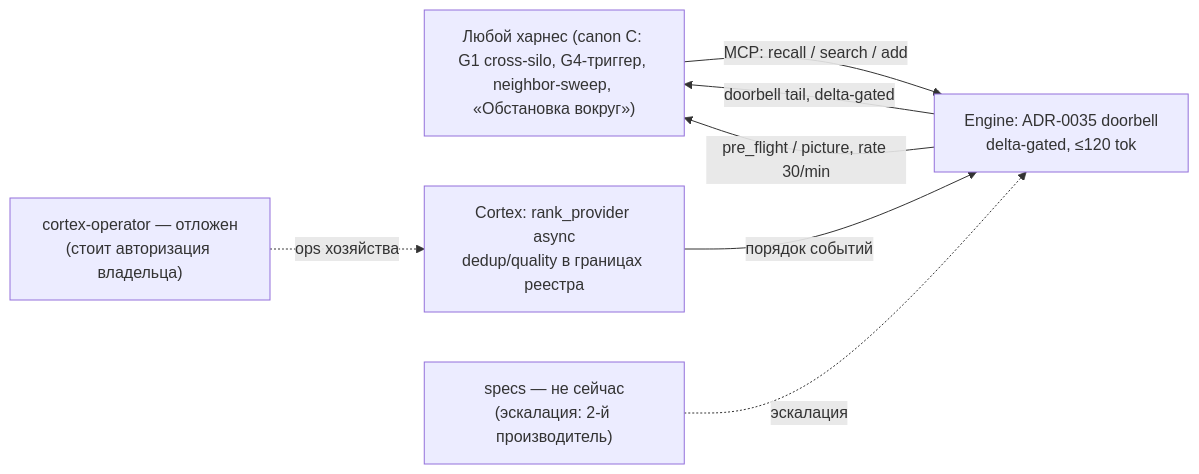
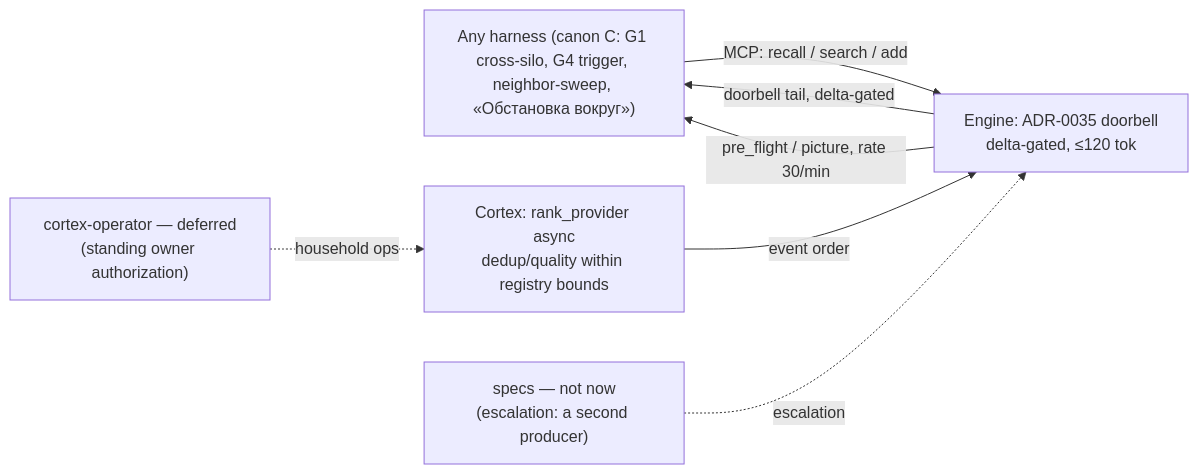
One commit to vesmaro/vesma changed the diagram in docs/project/adr/0036-native-situational-awareness-canon.md. Above: the diagram before and after it, drawn with Mermaid. The commit also changed other lines of this file and 1 other file, not shown here.

Commit message:
docs(adr): 0036 native situational awareness canon — English (repo convention)

````diff
--- a/docs/project/adr/0036-native-situational-awareness-canon.md
+++ b/docs/project/adr/0036-native-situational-awareness-canon.md
@@ -56,15 +64,15 @@
 ```mermaid
 flowchart LR
-  H["Любой харнес (canon C: G1 cross-silo, G4-триггер, neighbor-sweep, «Обстановка вокруг»)"]
+  H["Any harness (canon C: G1 cross-silo, G4 trigger, neighbor-sweep, «Обстановка вокруг»)"]
   E["Engine: ADR-0035 doorbell<br/>delta-gated, ≤120 tok"]
-  X["Cortex: rank_provider async<br/>dedup/quality в границах реестра"]
-  R["cortex-operator — отложен<br/>(стоит авторизация владельца)"]
-  S["specs — не сейчас<br/>(эскалация: 2-й производитель)"]
+  X["Cortex: rank_provider async<br/>dedup/quality within registry bounds"]
+  R["cortex-operator — deferred<br/>(standing owner authorization)"]
+  S["specs — not now<br/>(escalation: a second producer)"]
 
   H -->|"MCP: recall / search / add"| E
   E -->|"doorbell tail, delta-gated"| H
   E -->|"pre_flight / picture, rate 30/min"| H
-  X -->|"порядок событий"| E
-  R -.->|"ops хозяйства"| X
-  S -.->|"эскалация"| E
+  X -->|"event order"| E
+  R -.->|"household ops"| X
+  S -.->|"escalation"| E
 ```
````
